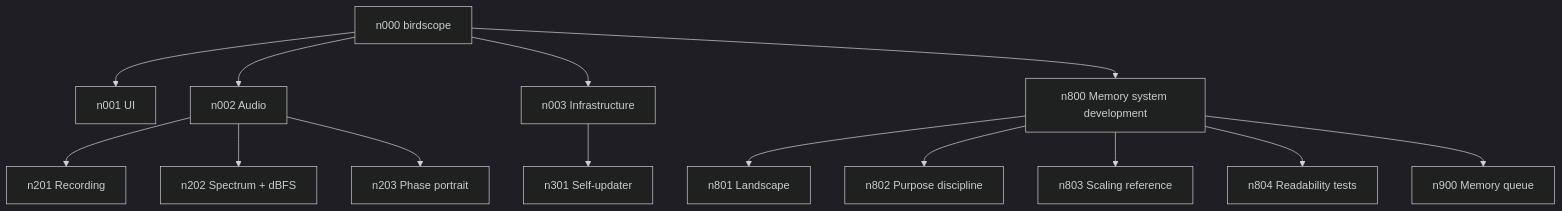
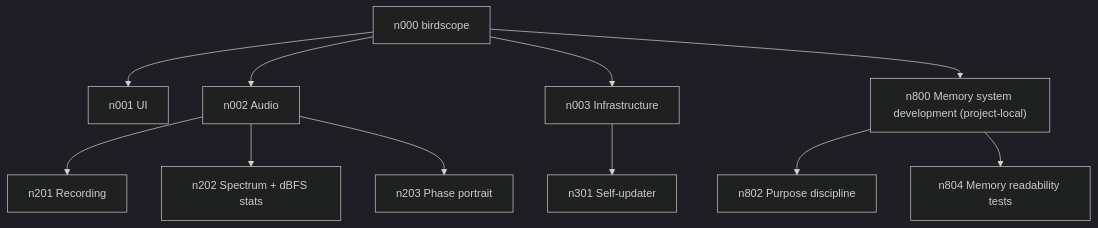
The diagram in memory/overview.md (iamweasel89/birdscope), drawn with Mermaid (dark theme) before and after one commit. The commit also changed 1 other file, not shown here.

Commit message:
tools: autogenerator for overview.md Mermaid graph; regenerate to current state

````diff
--- a/memory/overview.md
+++ b/memory/overview.md
@@ -14,31 +14,25 @@
 ```mermaid
 graph TD
     n000[n000 birdscope]
     n001[n001 UI]
     n002[n002 Audio]
+    n201[n201 Recording]
+    n202[n202 Spectrum + dBFS stats]
+    n203[n203 Phase portrait]
     n003[n003 Infrastructure]
-    n800[n800 Memory system development]
-    n201[n201 Recording]
-    n202[n202 Spectrum + dBFS]
-    n203[n203 Phase portrait]
     n301[n301 Self-updater]
-    n801[n801 Landscape]
+    n800["n800 Memory system development (project-local)"]
     n802[n802 Purpose discipline]
-    n803[n803 Scaling reference]
-    n804[n804 Readability tests]
-    n900[n900 Memory queue]
+    n804[n804 Memory readability tests]
 
     n000 --> n001
     n000 --> n002
-    n000 --> n003
-    n000 --> n800
     n002 --> n201
     n002 --> n202
     n002 --> n203
+    n000 --> n003
     n003 --> n301
-    n800 --> n801
+    n000 --> n800
     n800 --> n802
-    n800 --> n803
     n800 --> n804
-    n800 --> n900
 ```
````
